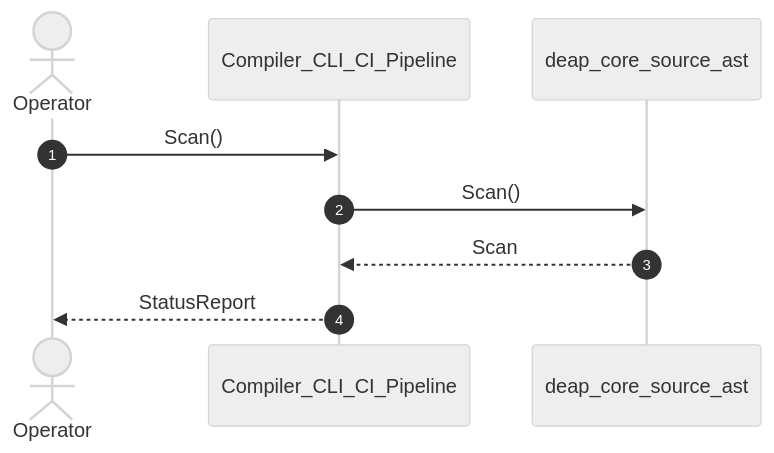
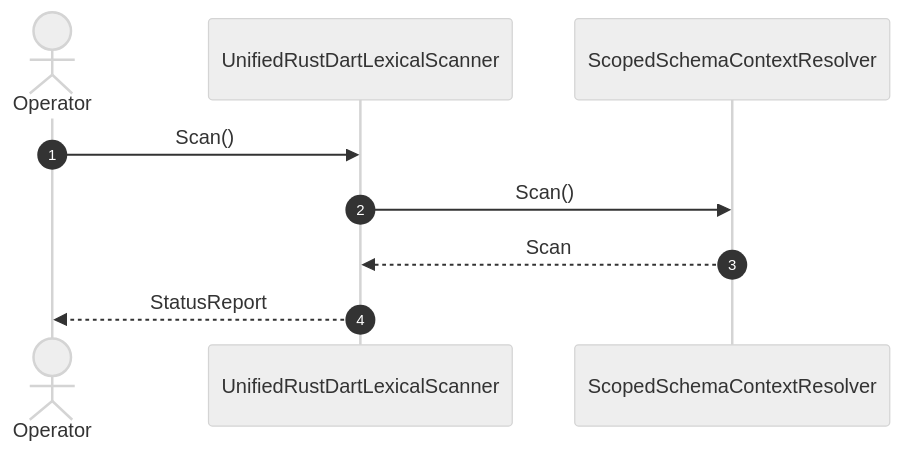
Before and after one commit to gintatkinson/DEAP01-spec-core: the diagram in .pipeline/upstream/docs/user-stories/US-42-Scan.md, drawn with Mermaid (neutral theme). The commit also changed other lines of this file and 179 other files, not shown here.

Commit message:
fix(compiler): remediate upstream specification forward projection, diagram synthesis, and GitHub blob URL resolution

````diff
--- a/.pipeline/upstream/docs/user-stories/US-42-Scan.md
+++ b/.pipeline/upstream/docs/user-stories/US-42-Scan.md
@@ -16,11 +16,11 @@
 ```mermaid
 sequenceDiagram
     autonumber
     actor Operator
-    participant Compiler_CLI_CI_Pipeline
-    participant deap_core_source_ast
-    Operator->>Compiler_CLI_CI_Pipeline: Scan()
-    Compiler_CLI_CI_Pipeline->>deap_core_source_ast: Scan()
-    deap_core_source_ast-->>Compiler_CLI_CI_Pipeline: Scan
-    Compiler_CLI_CI_Pipeline-->>Operator: StatusReport
+    participant UnifiedRustDartLexicalScanner
+    participant ScopedSchemaContextResolver
+    Operator->>UnifiedRustDartLexicalScanner: Scan()
+    UnifiedRustDartLexicalScanner->>ScopedSchemaContextResolver: Scan()
+    ScopedSchemaContextResolver-->>UnifiedRustDartLexicalScanner: Scan
+    UnifiedRustDartLexicalScanner-->>Operator: StatusReport
 ```
````
